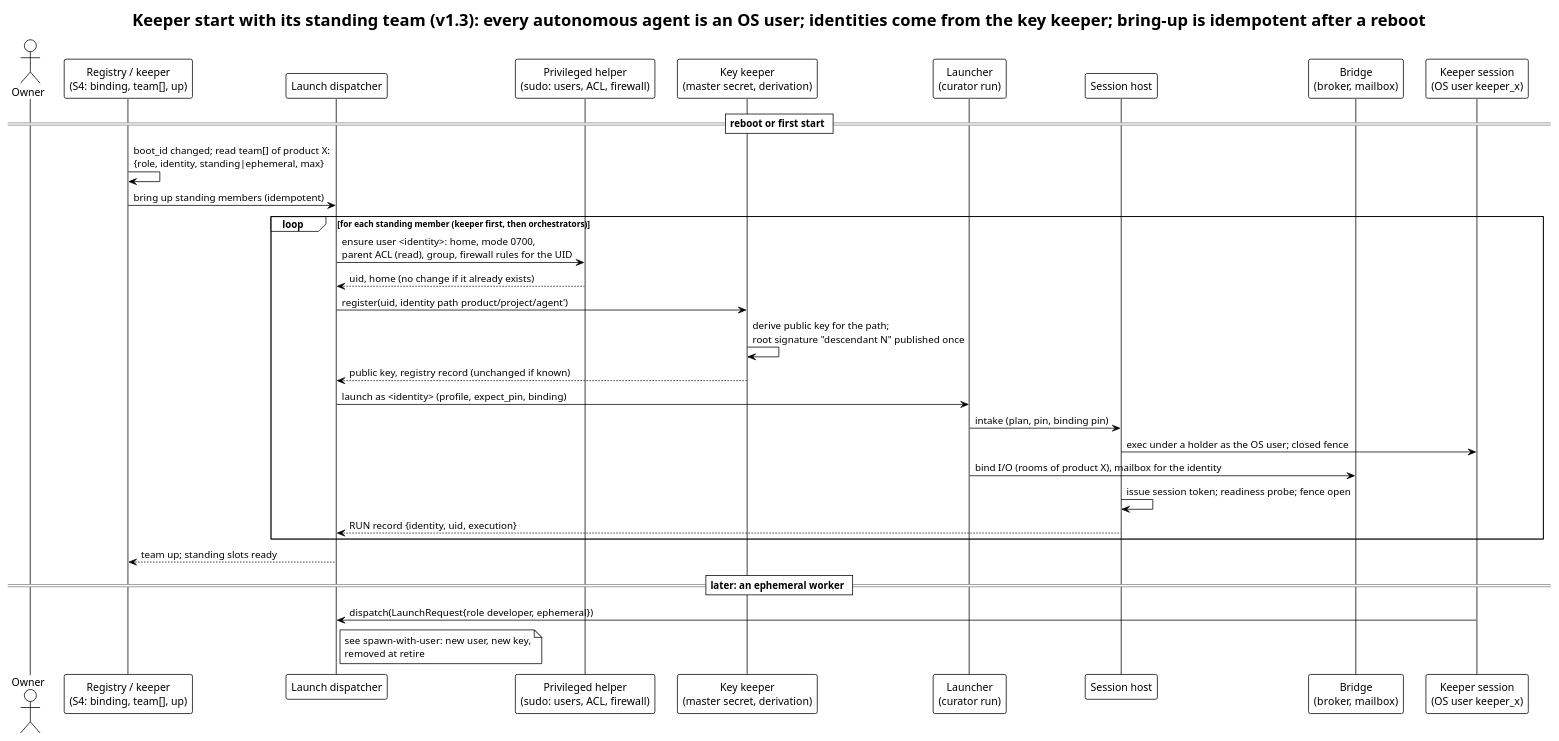
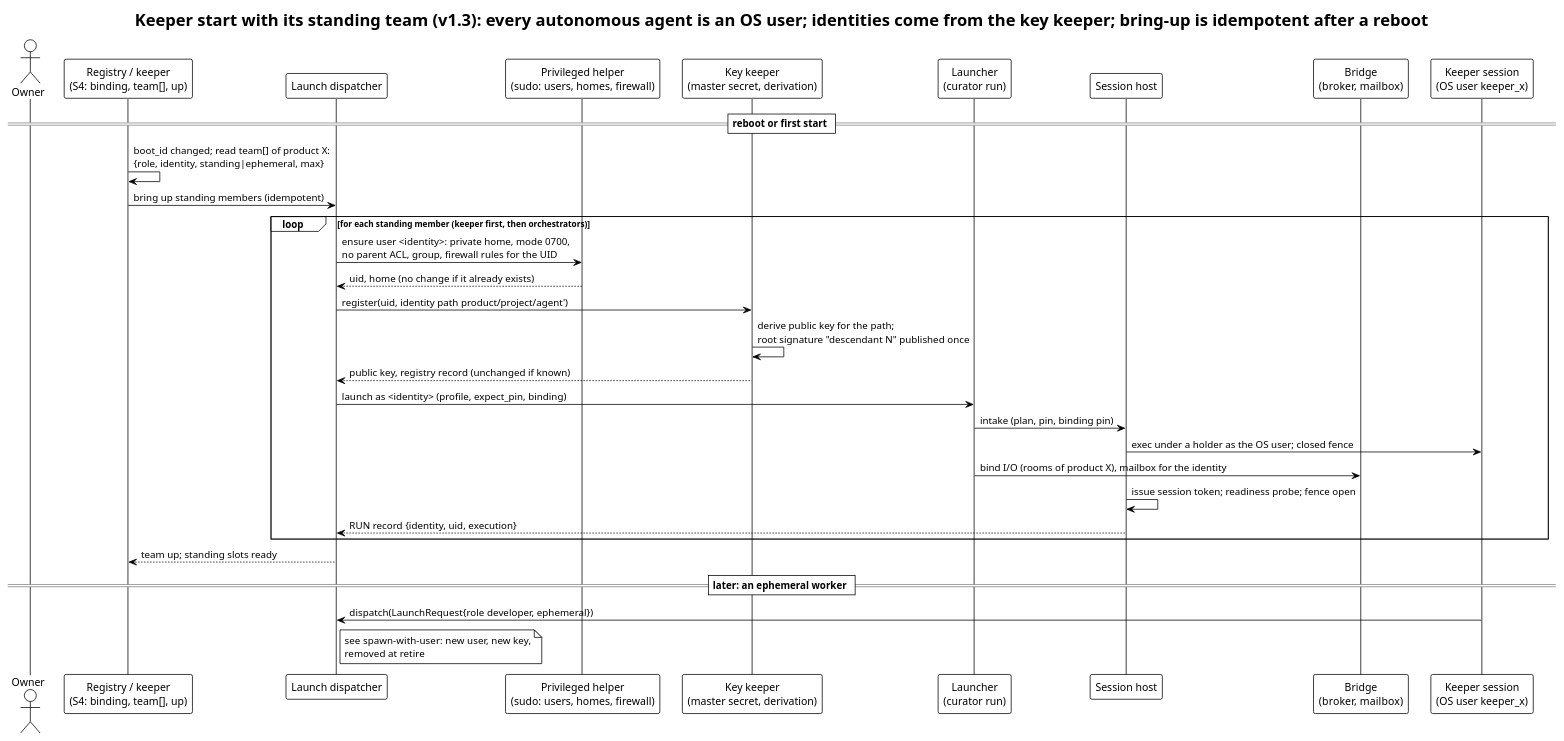
One commit to relux-works/swarm-platform-architecture changed the diagram in diagrams/plantuml/sequence/keeper-team-start.puml. Above: the diagram before and after it, drawn with PlantUML. The commit also changed 4 other files, not shown here.

First line of the commit message:
Trust contract: private homes without parent ACL, account-count quota

```diff
--- a/diagrams/plantuml/sequence/keeper-team-start.puml
+++ b/diagrams/plantuml/sequence/keeper-team-start.puml
@@ -1,36 +1,36 @@
 @startuml keeper-team-start
 !theme plain
 title Keeper start with its standing team (v1.3): every autonomous agent is an OS user; identities come from the key keeper; bring-up is idempotent after a reboot
 
 actor "Owner" as OW
 participant "Registry / keeper\n(S4: binding, team[], up)" as Reg
 participant "Launch dispatcher" as D
-participant "Privileged helper\n(sudo: users, ACL, firewall)" as PH
+participant "Privileged helper\n(sudo: users, homes, firewall)" as PH
 participant "Key keeper\n(master secret, derivation)" as KK
 participant "Launcher\n(curator run)" as L
 participant "Session host" as SH
 participant "Bridge\n(broker, mailbox)" as BR
 participant "Keeper session\n(OS user keeper_x)" as K
 
 == reboot or first start ==
 Reg -> Reg: boot_id changed; read team[] of product X:\n{role, identity, standing|ephemeral, max}
 Reg -> D: bring up standing members (idempotent)
 loop for each standing member (keeper first, then orchestrators)
-  D -> PH: ensure user <identity>: home, mode 0700,\nparent ACL (read), group, firewall rules for the UID
+  D -> PH: ensure user <identity>: private home, mode 0700,\nno parent ACL, group, firewall rules for the UID
   PH --> D: uid, home (no change if it already exists)
   D -> KK: register(uid, identity path product/project/agent')
   KK -> KK: derive public key for the path;\nroot signature "descendant N" published once
   KK --> D: public key, registry record (unchanged if known)
   D -> L: launch as <identity> (profile, expect_pin, binding)
   L -> SH: intake (plan, pin, binding pin)
   SH -> K: exec under a holder as the OS user; closed fence
   L -> BR: bind I/O (rooms of product X), mailbox for the identity
   SH -> SH: issue session token; readiness probe; fence open
   SH --> D: RUN record {identity, uid, execution}
 end
 D --> Reg: team up; standing slots ready
 
 == later: an ephemeral worker ==
 K -> D: dispatch(LaunchRequest{role developer, ephemeral})
 note right of D: see spawn-with-user: new user, new key,\nremoved at retire
 @enduml
```
